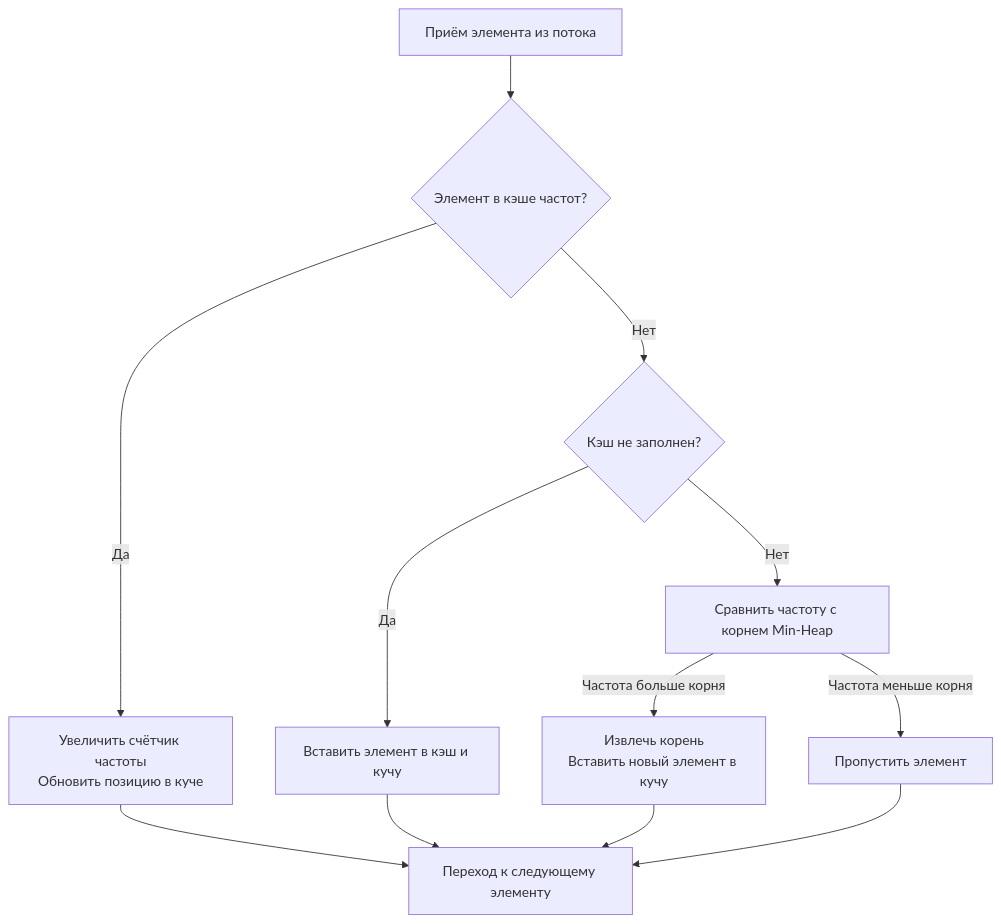
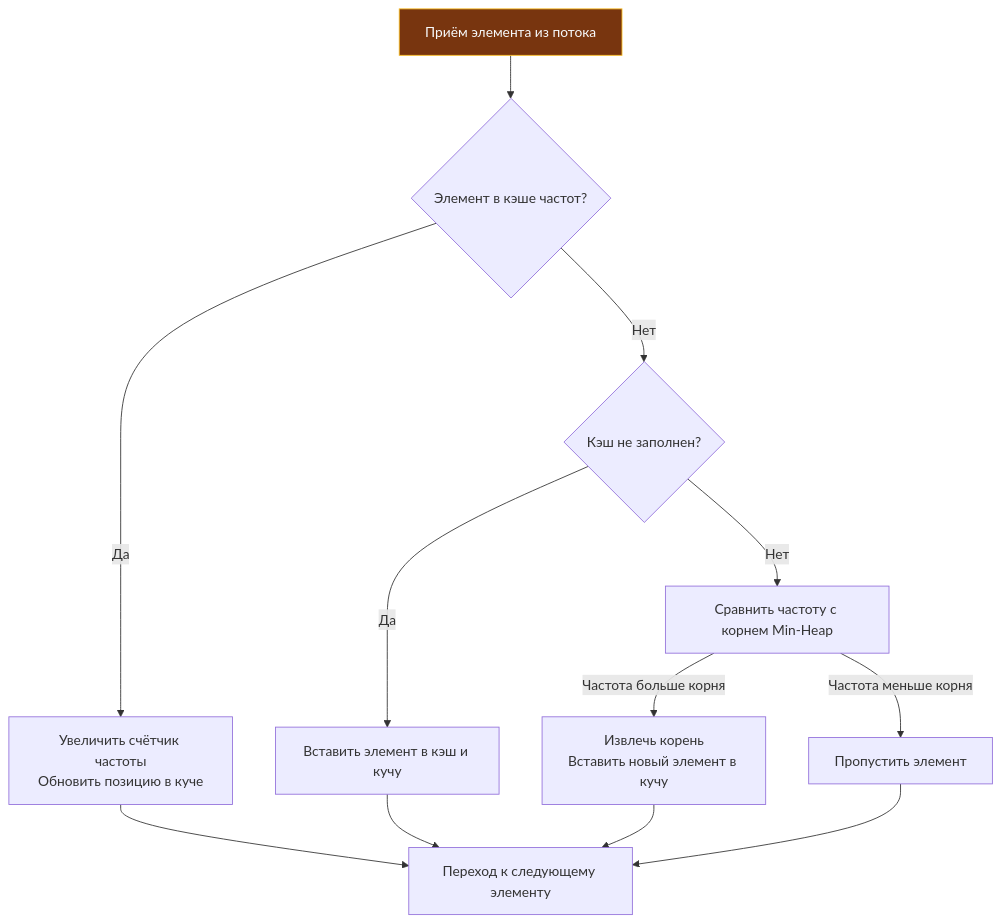
The first of 2 diagrams in sources/21. Задачи с LeetCode и собеседований на Go/02. Задачи/28. Потоковые алгоритмы/3. Top K Frequent Elements stream.md (UnrealTemplier/go-textbook), drawn with Mermaid before and after one commit. The commit also changed other lines of this file and 1666 other files, not shown here.

First line of the commit message:
feat(mermaid): add semantic color classDef to 1369 colorless flowchart/graph diagrams

````diff
--- a/sources/21. Задачи с LeetCode и собеседований на Go/02. Задачи/28. Потоковые алгоритмы/3. Top K Frequent Elements stream.md
+++ b/sources/21. Задачи с LeetCode и собеседований на Go/02. Задачи/28. Потоковые алгоритмы/3. Top K Frequent Elements stream.md
@@ -5,14 +5,24 @@
 ```mermaid
 flowchart TD
-  A["Приём элемента из потока"] --> B{"Элемент в кэше частот?"}
+    classDef process  fill:#1e293b,stroke:#38bdf8,stroke-width:1px,color:#f8fafc
+    classDef success  fill:#064e3b,stroke:#34d399,stroke-width:1px,color:#f8fafc
+    classDef error    fill:#7f1d1d,stroke:#f87171,stroke-width:1px,color:#f8fafc
+    classDef warning  fill:#78350f,stroke:#fbbf24,stroke-width:1px,color:#f8fafc
+    classDef entry    fill:#1e3a5f,stroke:#38bdf8,stroke-width:2px,color:#f8fafc
+    classDef aux      fill:#334155,stroke:#64748b,stroke-width:1px,color:#f8fafc
+    classDef system   fill:#312e81,stroke:#a78bfa,stroke-width:1px,color:#f8fafc
+    classDef data     fill:#132d29,stroke:#2dd4bf,stroke-width:1px,color:#f8fafc
+    classDef network  fill:#881337,stroke:#fb7185,stroke-width:1px,color:#f8fafc
+    classDef accent   fill:#1e1b4b,stroke:#818cf8,stroke-width:1px,color:#f8fafc
+  A["Приём элемента из потока"]:::warning --> B{"Элемент в кэше частот?"}
   B -->|Да| C["Увеличить счётчик частоты<br>Обновить позицию в куче"]
   B -->|Нет| D{"Кэш не заполнен?"}
   D -->|Да| E["Вставить элемент в кэш и кучу"]
   D -->|Нет| F["Сравнить частоту с корнем Min-Heap"]
   F -->|Частота больше корня| G["Извлечь корень<br>Вставить новый элемент в кучу"]
   F -->|Частота меньше корня| H["Пропустить элемент"]
   C --> I["Переход к следующему элементу"]
   E --> I
   G --> I
   H --> I
 ```
````
